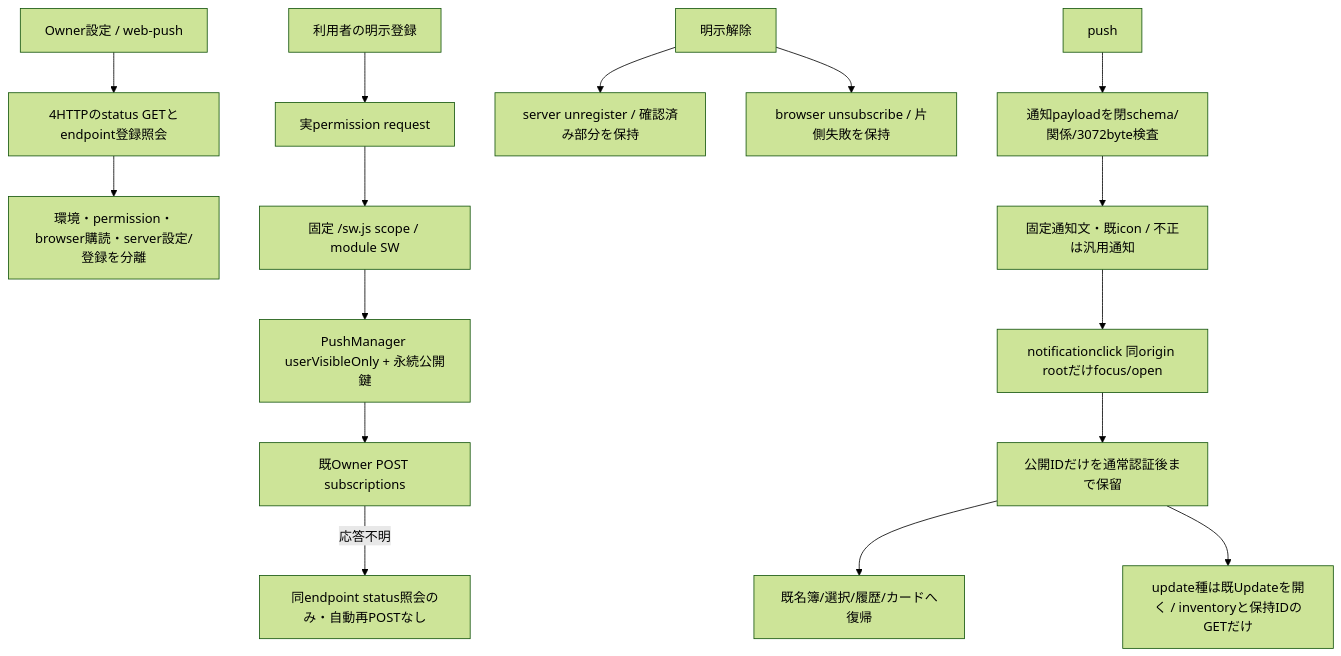
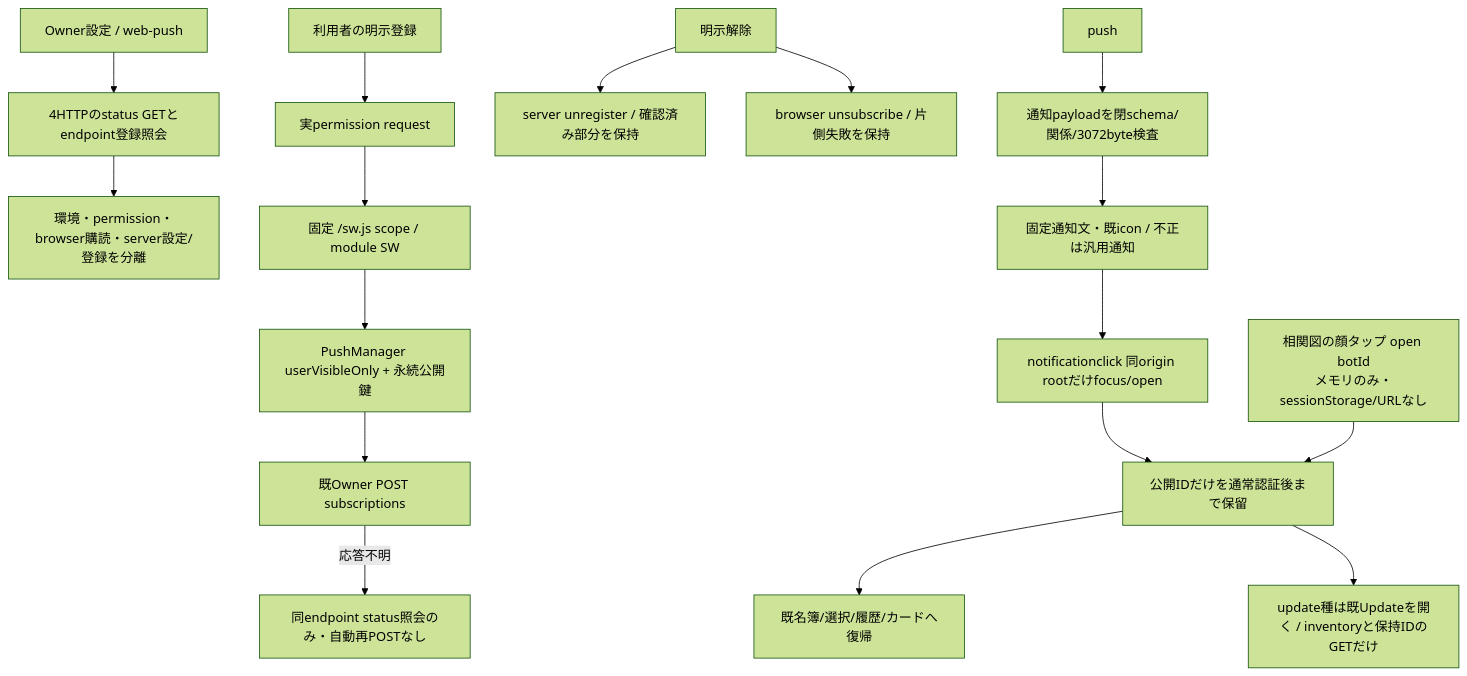
One commit to kitepon/BellTeam changed the diagram in docs/architecture/modules/web/web-push.md. Above: the diagram before and after it, drawn with Mermaid (forest theme). The commit also changed 8 other files, not shown here.

First line of the commit message:
web work-graph: tap a member to open its chat; chip visibility decided once per edge

````diff
--- a/docs/architecture/modules/web/web-push.md
+++ b/docs/architecture/modules/web/web-push.md
@@ -5,18 +5,19 @@
 ```mermaid
 flowchart TD
   Settings[Owner設定 / web-push] --> Read[4HTTPのstatus GETとendpoint登録照会]
   Read --> States[環境・permission・browser購読・server設定/登録を分離]
   Click[利用者の明示登録] --> Permission[実permission request]
   Permission --> SW[固定 /sw.js scope / module SW]
   SW --> Subscribe[PushManager userVisibleOnly + 永続公開鍵]
   Subscribe --> Save[既Owner POST subscriptions]
   Save -->|応答不明| Lookup[同endpoint status照会のみ・自動再POSTなし]
   Remove[明示解除] --> Server[server unregister / 確認済み部分を保持]
   Remove --> Browser[browser unsubscribe / 片側失敗を保持]
   Push[push] --> Validate[通知payloadを閉schema/関係/3072byte検査]
   Validate --> Display[固定通知文・既icon / 不正は汎用通知]
   Display --> Open[notificationclick 同origin rootだけfocus/open]
   Open --> Route[公開IDだけを通常認証後まで保留]
+  Graph[相関図の顔タップ open botId<br/>メモリのみ・sessionStorage/URLなし] --> Route
   Route --> Chat[既名簿/選択/履歴/カードへ復帰]
   Route --> Update[update種は既Updateを開く / inventoryと保持IDのGETだけ]
 ```
````
